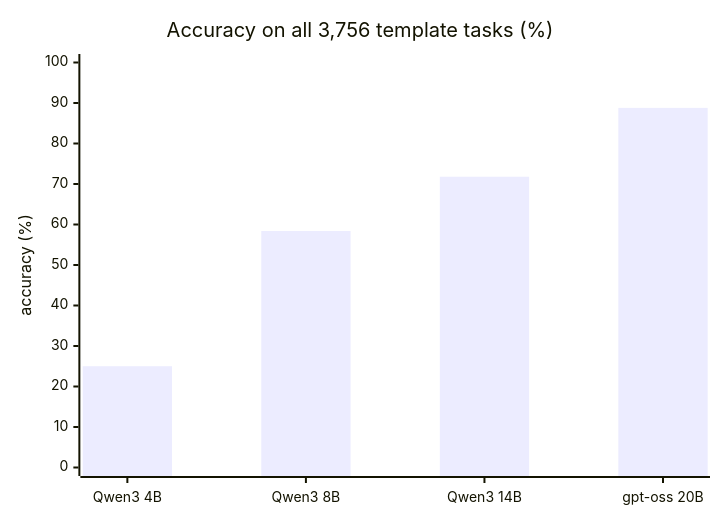
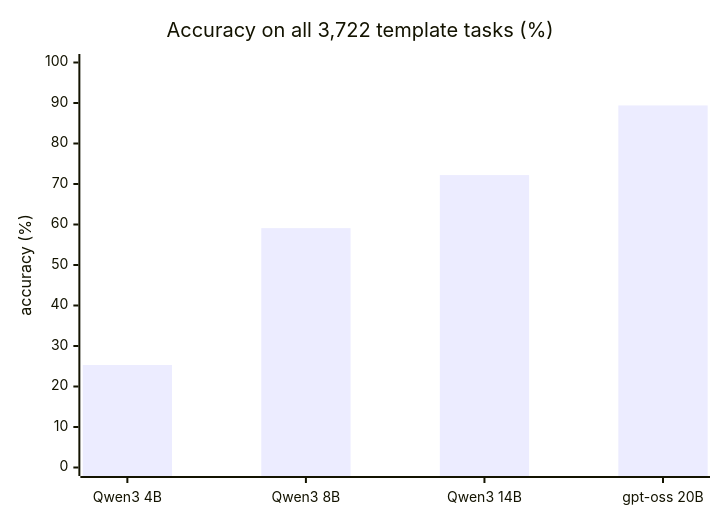
One commit to aptgetnitin/whatifgym changed the ninth of 10 diagrams in README.md. Above: the diagram before and after it, drawn with Mermaid. The commit also changed other lines of this file and 552 other files, not shown here.

````diff
--- a/README.md
+++ b/README.md
@@ -503,7 +503,7 @@
 ```mermaid
 xychart-beta
-    title "Accuracy on all 3,756 template tasks (%)"
+    title "Accuracy on all 3,722 template tasks (%)"
     x-axis ["Qwen3 4B", "Qwen3 8B", "Qwen3 14B", "gpt-oss 20B"]
     y-axis "accuracy (%)" 0 --> 100
-    bar [25.0, 58.4, 71.8, 88.8]
+    bar [25.3, 59.1, 72.2, 89.4]
 ```
````
